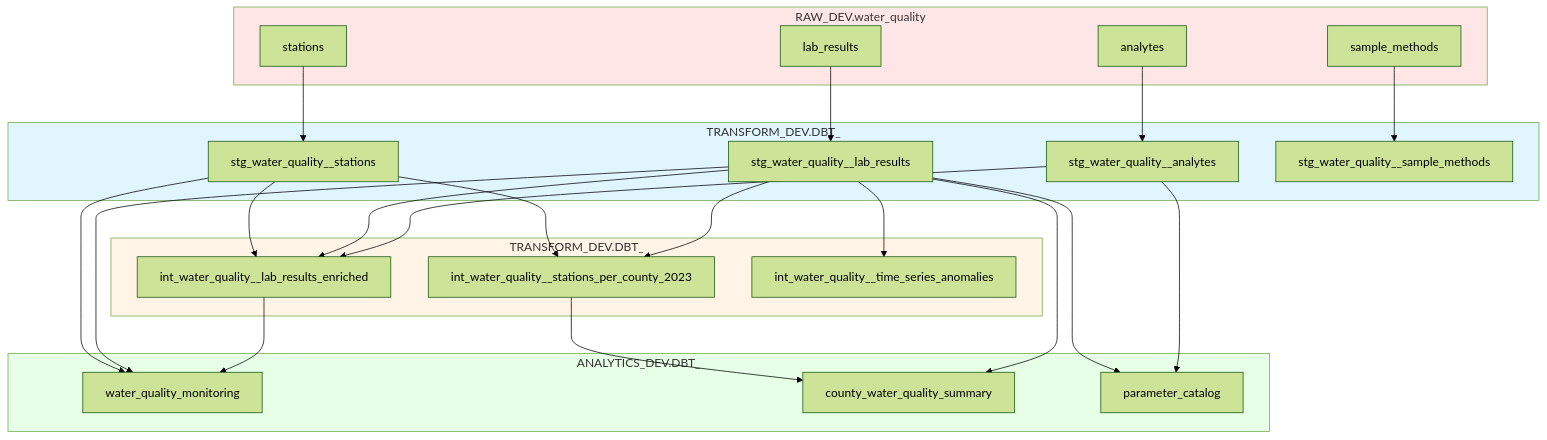
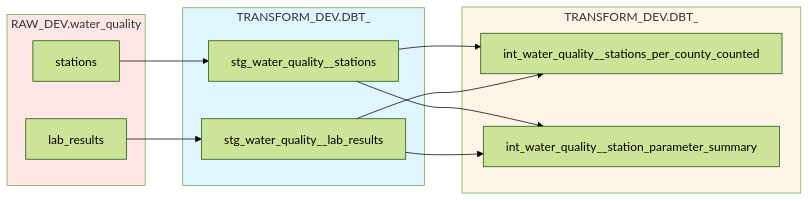
One commit to cagov/caldata-mdsa-training changed the diagram in docs/learning-path.md. Above: the diagram before and after it, drawn with Mermaid (forest theme). The commit also changed other lines of this file and 11 other files, not shown here.

````diff
--- a/docs/learning-path.md
+++ b/docs/learning-path.md
@@ -122,55 +120,30 @@
 ```mermaid
-flowchart TD
+flowchart LR
     subgraph Raw["RAW_DEV.water_quality"]
         R1[stations]
         R2[lab_results]
-        R3[analytes]
-        R4[sample_methods]
     end
 
     subgraph Staging["TRANSFORM_DEV.DBT_<initials>"]
         S1[stg_water_quality__stations]
         S2[stg_water_quality__lab_results]
-        S3[stg_water_quality__analytes]
-        S4[stg_water_quality__sample_methods]
     end
 
     subgraph Intermediate["TRANSFORM_DEV.DBT_<initials>"]
-        I1[int_water_quality__stations_per_county_2023]
-        I2[int_water_quality__lab_results_enriched]
-        I3[int_water_quality__time_series_anomalies]
-    end
-
-    subgraph Marts["ANALYTICS_DEV.DBT_<initials>"]
-        M1[water_quality_monitoring]
-        M2[county_water_quality_summary]
-        M3[parameter_catalog]
+        I1[int_water_quality__stations_per_county_counted]
+        I2[int_water_quality__station_parameter_summary]
     end
 
     R1 --> S1
     R2 --> S2
-    R3 --> S3
-    R4 --> S4
 
     S1 --> I1
     S2 --> I1
+
     S1 --> I2
     S2 --> I2
-    S3 --> I2
-    S2 --> I3
-
-    S1 --> M1
-    S2 --> M1
-    I2 --> M1
-
-    I1 --> M2
-    S2 --> M2
-
-    S2 --> M3
-    S3 --> M3
 
     style Raw fill:#ffe6e6
     style Staging fill:#e1f5ff
     style Intermediate fill:#fff4e6
-    style Marts fill:#e6ffe6
 ```
````
